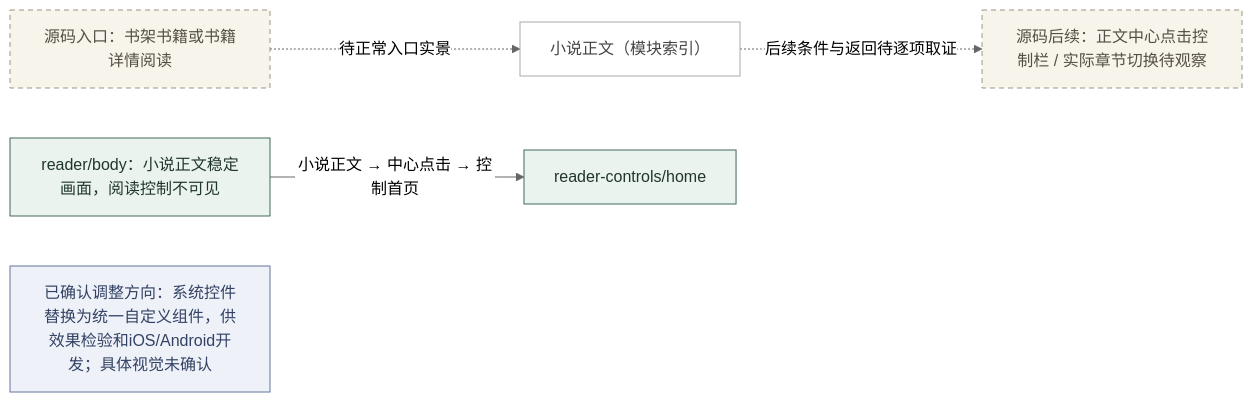
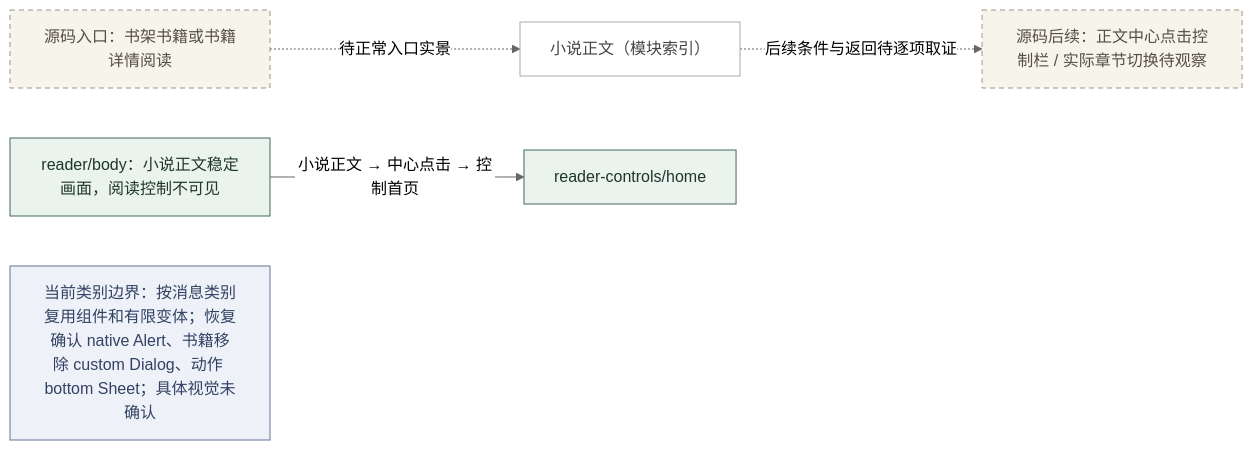
Before and after one commit to minliny/Reader-for-HarmonyOS: diagram 13 of 38 in docs/ui-design/app-baseline/LOGIC.md, drawn with Mermaid (neutral theme). The commit also changed other lines of this file and 16 other files, not shown here.

````diff
--- a/docs/ui-design/app-baseline/LOGIC.md
+++ b/docs/ui-design/app-baseline/LOGIC.md
@@ -357,16 +357,16 @@
 ```mermaid
 flowchart LR
   N1["小说正文（模块索引）"]:::module
   N2["源码入口：书架书籍或书籍详情阅读"]:::pending
   N3["源码后续：正文中心点击控制栏 / 实际章节切换待观察"]:::pending
   N2 -.->|待正常入口实景| N1
   N1 -.->|后续条件与返回待逐项取证| N3
   N4["reader/body：小说正文稳定画面，阅读控制不可见"]:::observed
   N5["reader-controls/home"]:::observed
   N4 -->|小说正文 → 中心点击 → 控制首页| N5
-  N6["已确认调整方向：系统控件替换为统一自定义组件，供效果检验和iOS/Android开发；具体视觉未确认"]:::confirmed
+  N6["当前类别边界：按消息类别复用组件和有限变体；恢复确认 native Alert、书籍移除 custom Dialog、动作 bottom Sheet；具体视觉未确认"]:::confirmed
   classDef observed fill:#eaf3ee,stroke:#42695a,color:#20362d
   classDef pending fill:#f7f4ec,stroke:#9d9587,color:#554f43,stroke-dasharray:5 4
   classDef confirmed fill:#eef1f8,stroke:#65759a,color:#334264
   classDef module fill:#fff,stroke:#aaa,color:#444
 ```
````
